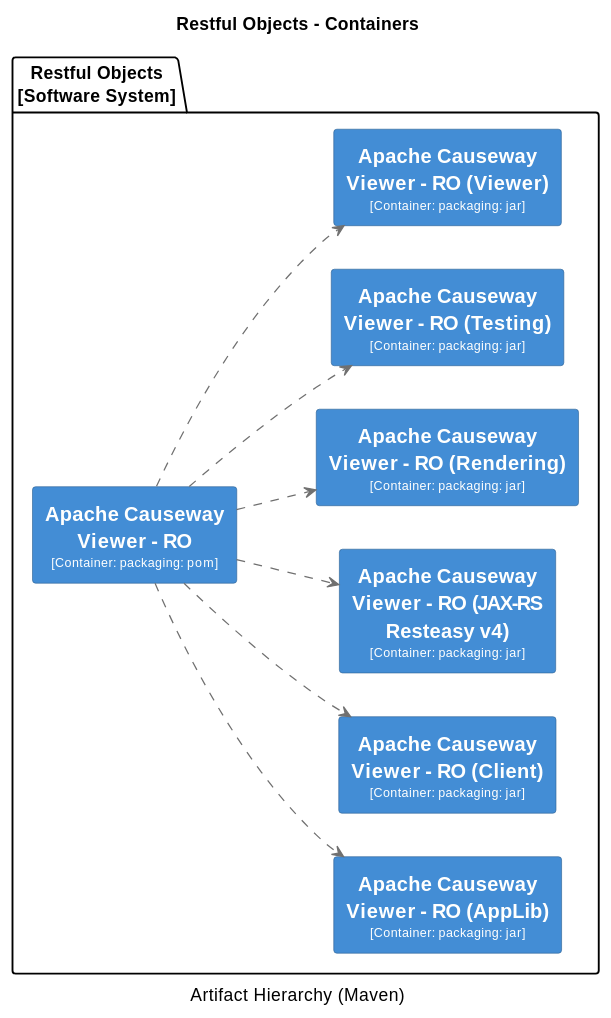
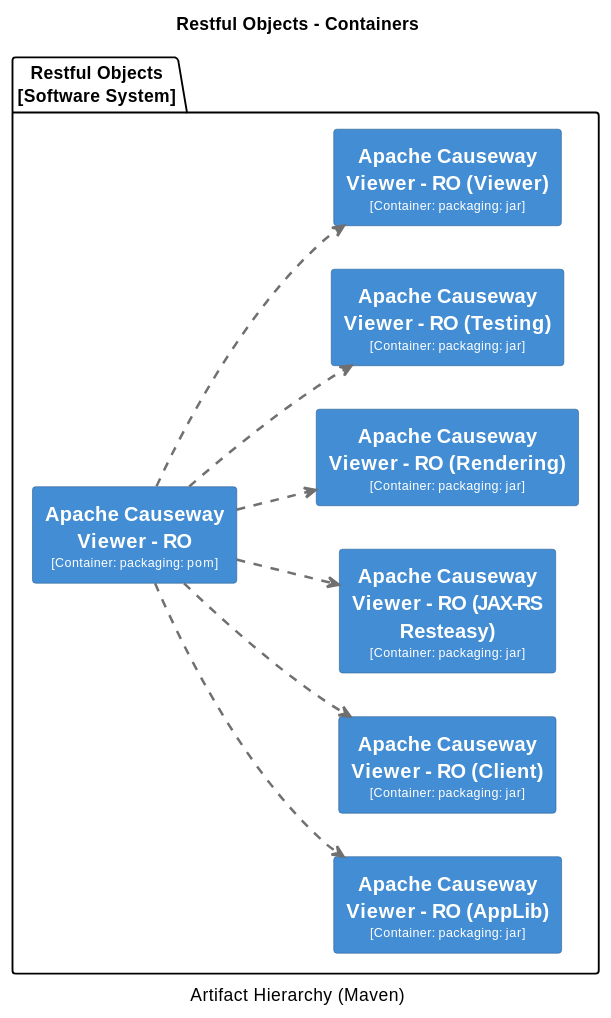
Diagram 16 of 31 in core/adoc/modules/_overview/pages/about.adoc (apache/causeway), drawn with PlantUML before and after one commit. The commit also changed other lines of this file and 44 other files, not shown here.

```diff
--- a/core/adoc/modules/_overview/pages/about.adoc
+++ b/core/adoc/modules/_overview/pages/about.adoc
@@ -2627,67 +2841,67 @@
 [plantuml,Restful Objects,svg]
 ----
 @startuml(id=Restful_Objects)
 title Restful Objects - Containers
 caption Artifact Hierarchy (Maven)
 
 skinparam {
   shadowing false
   arrowFontSize 10
   defaultTextAlignment center
   wrapWidth 200
   maxMessageSize 100
 }
 hide stereotype
 left to right direction
 skinparam rectangle<<2>> {
   BackgroundColor #438dd5
   FontColor #fffffe
-  BorderColor #2E6295
+  BorderColor #2e6295
 }
 skinparam rectangle<<3>> {
   BackgroundColor #438dd5
   FontColor #fffffe
-  BorderColor #2E6295
+  BorderColor #2e6295
 }
 skinparam rectangle<<4>> {
   BackgroundColor #438dd5
   FontColor #fffffe
-  BorderColor #2E6295
+  BorderColor #2e6295
 }
 skinparam rectangle<<5>> {
   BackgroundColor #438dd5
   FontColor #fffffe
-  BorderColor #2E6295
+  BorderColor #2e6295
 }
 skinparam rectangle<<6>> {
   BackgroundColor #438dd5
   FontColor #fffffe
-  BorderColor #2E6295
+  BorderColor #2e6295
 }
 skinparam rectangle<<7>> {
   BackgroundColor #438dd5
   FontColor #fffffe
-  BorderColor #2E6295
+  BorderColor #2e6295
 }
 skinparam rectangle<<8>> {
   BackgroundColor #438dd5
   FontColor #fffffe
-  BorderColor #2E6295
+  BorderColor #2e6295
 }
 package "Restful Objects\n[Software System]" {
   rectangle "==Apache Causeway Viewer - RO\n<size:10>[Container: packaging: pom]</size>" <<2>> as 2
   rectangle "==Apache Causeway Viewer - RO (AppLib)\n<size:10>[Container: packaging: jar]</size>" <<3>> as 3
   rectangle "==Apache Causeway Viewer - RO (Client)\n<size:10>[Container: packaging: jar]</size>" <<4>> as 4
-  rectangle "==Apache Causeway Viewer - RO (JAX-RS Resteasy v4)\n<size:10>[Container: packaging: jar]</size>" <<5>> as 5
+  rectangle "==Apache Causeway Viewer - RO (JAX-RS Resteasy)\n<size:10>[Container: packaging: jar]</size>" <<5>> as 5
   rectangle "==Apache Causeway Viewer - RO (Rendering)\n<size:10>[Container: packaging: jar]</size>" <<6>> as 6
   rectangle "==Apache Causeway Viewer - RO (Testing)\n<size:10>[Container: packaging: jar]</size>" <<7>> as 7
   rectangle "==Apache Causeway Viewer - RO (Viewer)\n<size:10>[Container: packaging: jar]</size>" <<8>> as 8
 }
-2 .[#707070].> 3 : ""
-2 .[#707070].> 4 : ""
-2 .[#707070].> 5 : ""
-2 .[#707070].> 6 : ""
-2 .[#707070].> 7 : ""
-2 .[#707070].> 8 : ""
+2 .[#707070,thickness=2].> 3 : ""
+2 .[#707070,thickness=2].> 4 : ""
+2 .[#707070,thickness=2].> 5 : ""
+2 .[#707070,thickness=2].> 6 : ""
+2 .[#707070,thickness=2].> 7 : ""
+2 .[#707070,thickness=2].> 8 : ""
 @enduml
 ----
```
